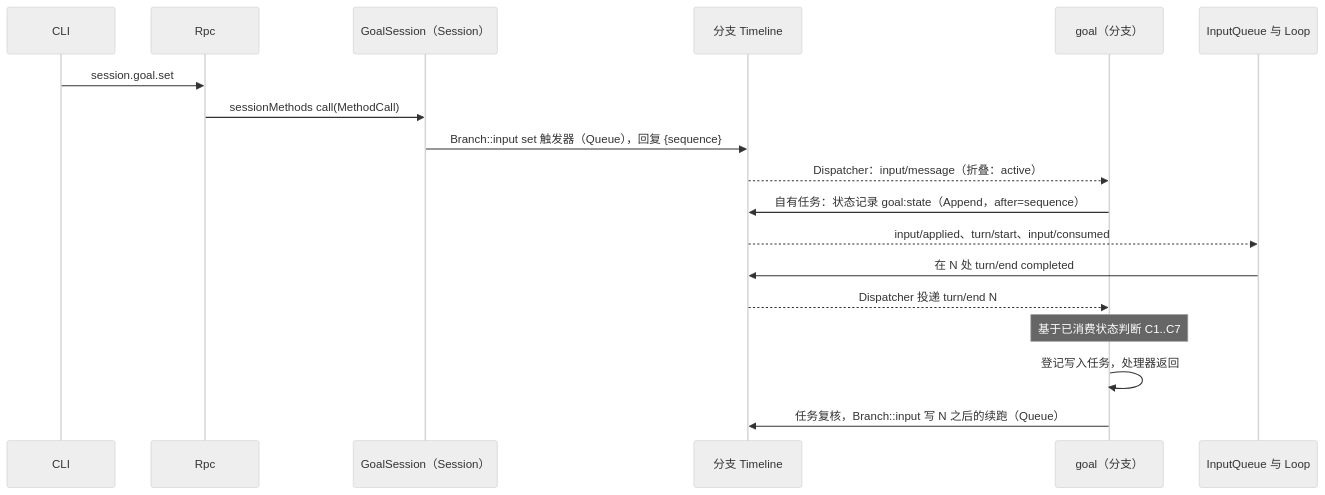
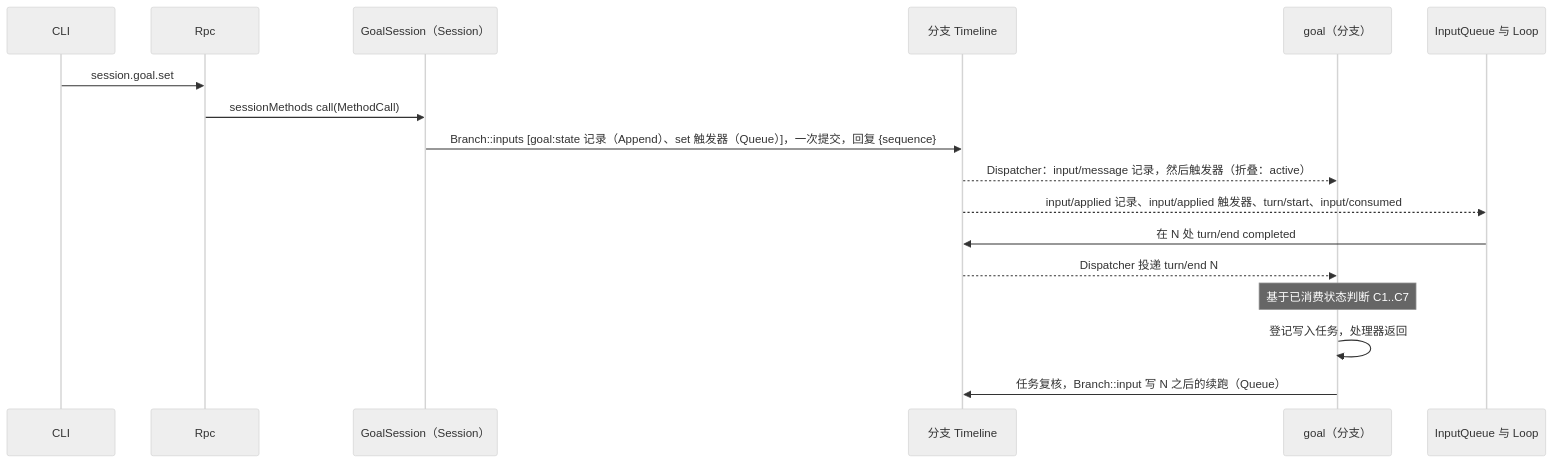
One commit to CoutinhoTTS/dim-agent changed the third of 7 diagrams in docs/zh/design/plugins/Goal.md. Above: the diagram before and after it, drawn with Mermaid (neutral theme). The commit also changed other lines of this file and 16 other files, not shown here.

````diff
--- a/docs/zh/design/plugins/Goal.md
+++ b/docs/zh/design/plugins/Goal.md
@@ -119,20 +119,19 @@
 ```mermaid
 sequenceDiagram
   participant CLI
   participant Rpc
   participant GS as GoalSession（Session）
   participant TL as 分支 Timeline
   participant G as goal（分支）
   participant IQ as InputQueue 与 Loop
   CLI->>Rpc: session.goal.set
   Rpc->>GS: sessionMethods call(MethodCall)
-  GS->>TL: Branch::input set 触发器（Queue），回复 {sequence}
-  TL-->>G: Dispatcher：input/message（折叠：active）
-  G->>TL: 自有任务：状态记录 goal:state（Append，after=sequence）
-  TL-->>IQ: input/applied、turn/start、input/consumed
+  GS->>TL: Branch::inputs [goal:state 记录（Append）、set 触发器（Queue）]，一次提交，回复 {sequence}
+  TL-->>G: Dispatcher：input/message 记录，然后触发器（折叠：active）
+  TL-->>IQ: input/applied 记录、input/applied 触发器、turn/start、input/consumed
   IQ->>TL: 在 N 处 turn/end completed
   TL-->>G: Dispatcher 投递 turn/end N
   Note over G: 基于已消费状态判断 C1..C7
   G->>G: 登记写入任务，处理器返回
   G->>TL: 任务复核，Branch::input 写 N 之后的续跑（Queue）
 ```
````
